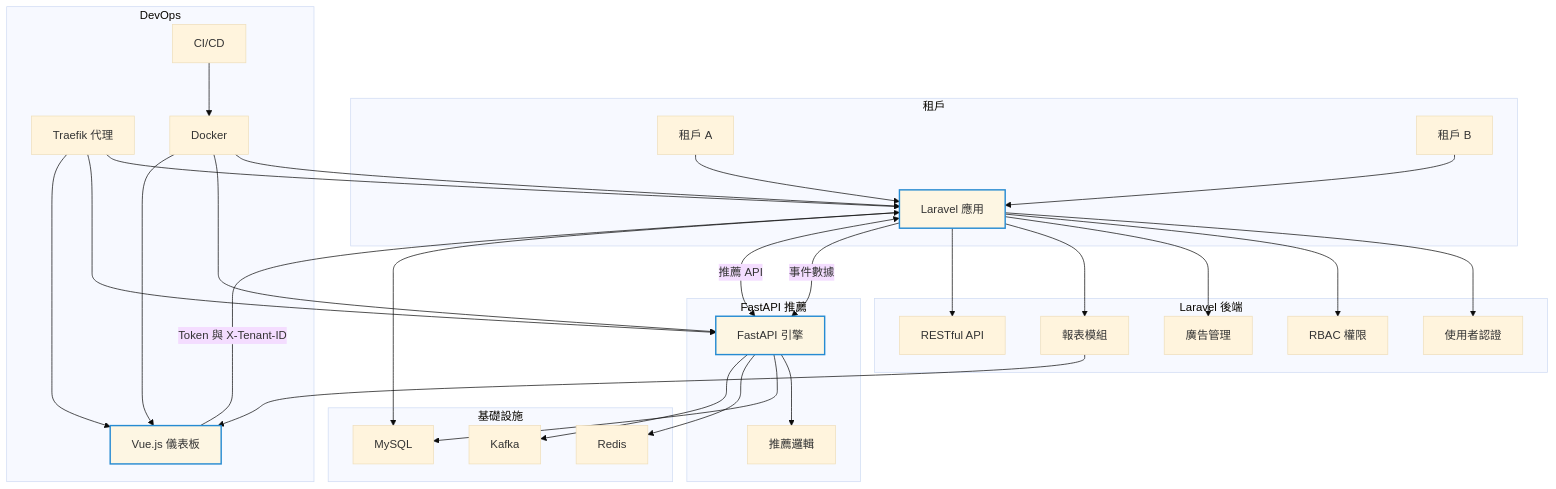
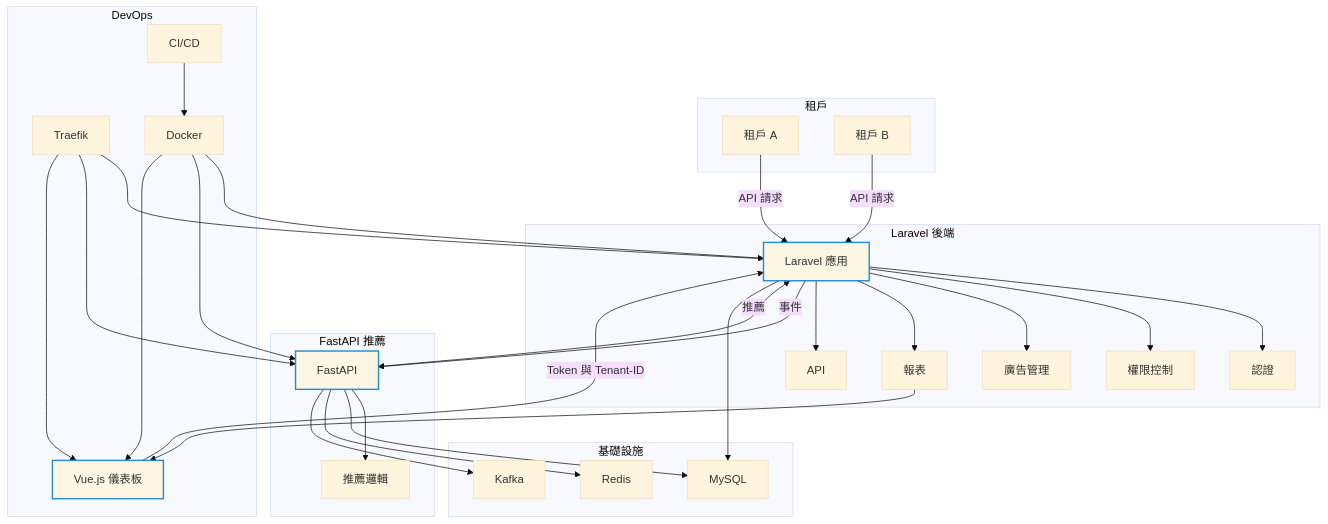
One commit to BpsEason/ad-platform changed the diagram in README.md. Above: the diagram before and after it, drawn with Mermaid (base theme).

````diff
--- a/README.md
+++ b/README.md
@@ -147,62 +147,63 @@
 ```mermaid
 graph TD
   subgraph 租戶
     TenantA[租戶 A]
     TenantB[租戶 B]
-    TenantA --> Laravel
-    TenantB --> Laravel
   end
+
+  TenantA -->|API 請求| Laravel
+  TenantB -->|API 請求| Laravel
 
   subgraph Laravel 後端
     Laravel[Laravel 應用]
-    Auth[使用者認證]
-    RBAC[RBAC 權限]
+    Auth[認證]
+    RBAC[權限控制]
     Ads[廣告管理]
-    Reports[報表模組]
-    APIs[RESTful API]
+    Reports[報表]
+    APIs[API]
     Laravel --> Auth
     Laravel --> RBAC
     Laravel --> Ads
     Laravel --> Reports
     Laravel --> APIs
   end
 
-  Laravel -->|事件數據| FastAPI
-  Laravel <-->|推薦 API| FastAPI
+  Laravel -->|事件| FastAPI
+  Laravel <-->|推薦| FastAPI
 
   subgraph FastAPI 推薦
-    FastAPI[FastAPI 引擎]
+    FastAPI[FastAPI]
     CF[推薦邏輯]
     FastAPI --> CF
   end
 
   Reports --> Dashboard[Vue.js 儀表板]
-  Dashboard -->|Token 與 X-Tenant-ID| Laravel
+  Dashboard -->|Token 與 Tenant-ID| Laravel
 
   subgraph 基礎設施
     MySQL[MySQL]
     Redis[Redis]
     Kafka[Kafka]
     Laravel --> MySQL
     FastAPI --> MySQL
     FastAPI --> Redis
     FastAPI --> Kafka
   end
 
   subgraph DevOps
-    Traefik[Traefik 代理]
+    Traefik[Traefik]
     Docker[Docker]
     CI[CI/CD]
     Traefik --> Laravel
     Traefik --> FastAPI
     Traefik --> Dashboard
     Docker --> Laravel
     Docker --> FastAPI
     Docker --> Dashboard
     CI --> Docker
   end
 
   classDef highlight fill:#fdf6e3,stroke:#268bd2,stroke-width:2px
   class Laravel,FastAPI,Dashboard highlight
 
 ```
````
